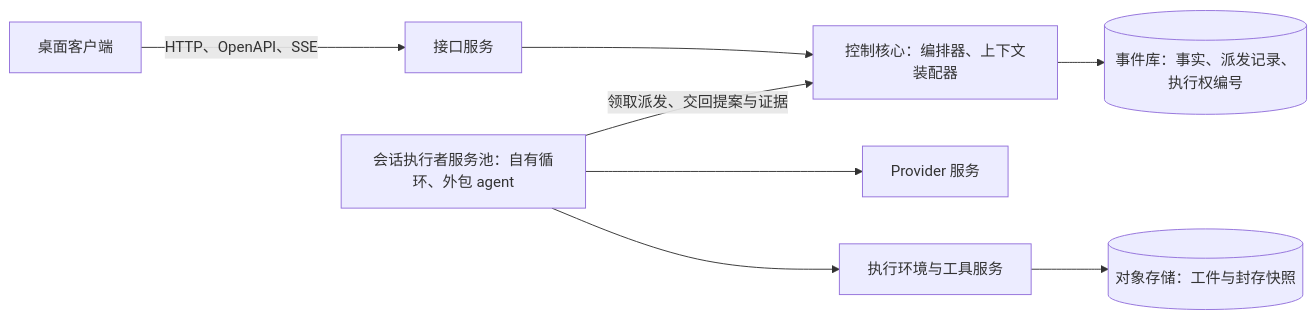
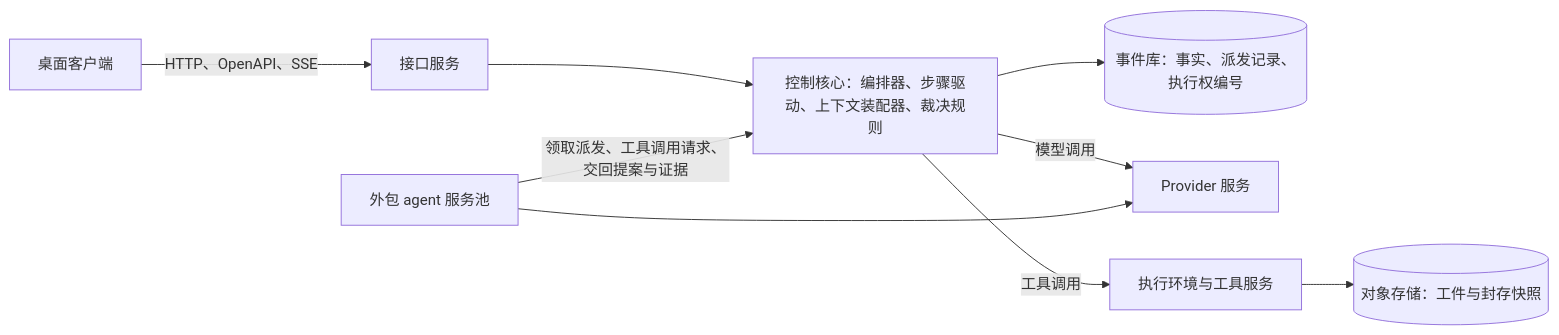
One commit to bender2333/yudao changed the second of 2 diagrams in docs/design/architecture/core-and-materials.md. Above: the diagram before and after it, drawn with Mermaid. The commit also changed other lines of this file and 17 other files, not shown here.

````diff
--- a/docs/design/architecture/core-and-materials.md
+++ b/docs/design/architecture/core-and-materials.md
@@ -201,10 +202,11 @@
 ```mermaid
 flowchart LR
   Desktop["桌面客户端"] -->|"HTTP、OpenAPI、SSE"| Gateway["接口服务"]
-  Gateway --> Core["控制核心：编排器、上下文装配器"]
+  Gateway --> Core["控制核心：编排器、步骤驱动、上下文装配器、裁决规则"]
   Core --> Events[("事件库：事实、派发记录、执行权编号")]
-  Pool["会话执行者服务池：自有循环、外包 agent"] -->|领取派发、交回提案与证据| Core
-  Pool --> Provider["Provider 服务"]
-  Pool --> Tools["执行环境与工具服务"]
+  Core -->|"模型调用"| Provider["Provider 服务"]
+  Core -->|"工具调用"| Tools["执行环境与工具服务"]
+  Ext["外包 agent 服务池"] -->|"领取派发、工具调用请求、交回提案与证据"| Core
+  Ext --> Provider
   Tools --> Objects[("对象存储：工件与封存快照")]
 ```
````
